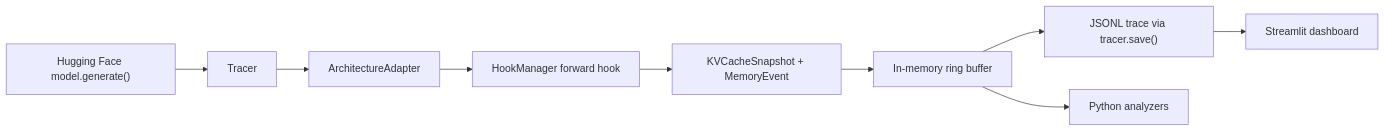
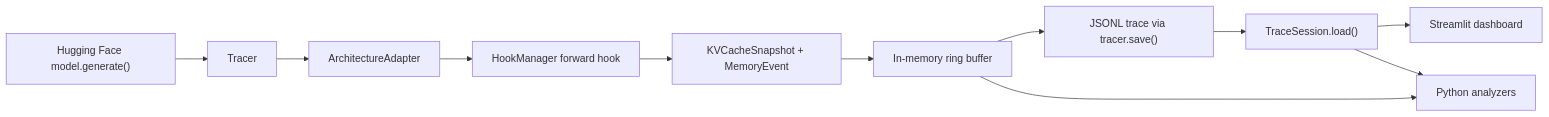
One commit to andyxu-dev/llmscope changed the diagram in README.md. Above: the diagram before and after it, drawn with Mermaid. The commit also changed other lines of this file and 6 other files, not shown here.

````diff
--- a/README.md
+++ b/README.md
@@ -31,11 +32,13 @@
 ```mermaid
 flowchart LR
     A["Hugging Face model.generate()"] --> B["Tracer"]
     B --> C["ArchitectureAdapter"]
     C --> D["HookManager forward hook"]
     D --> E["KVCacheSnapshot + MemoryEvent"]
     E --> F["In-memory ring buffer"]
     F --> G["JSONL trace via tracer.save()"]
-    G --> H["Streamlit dashboard"]
-    F --> I["Python analyzers"]
+    G --> H["TraceSession.load()"]
+    H --> I["Streamlit dashboard"]
+    F --> J["Python analyzers"]
+    H --> J
 ```
````
